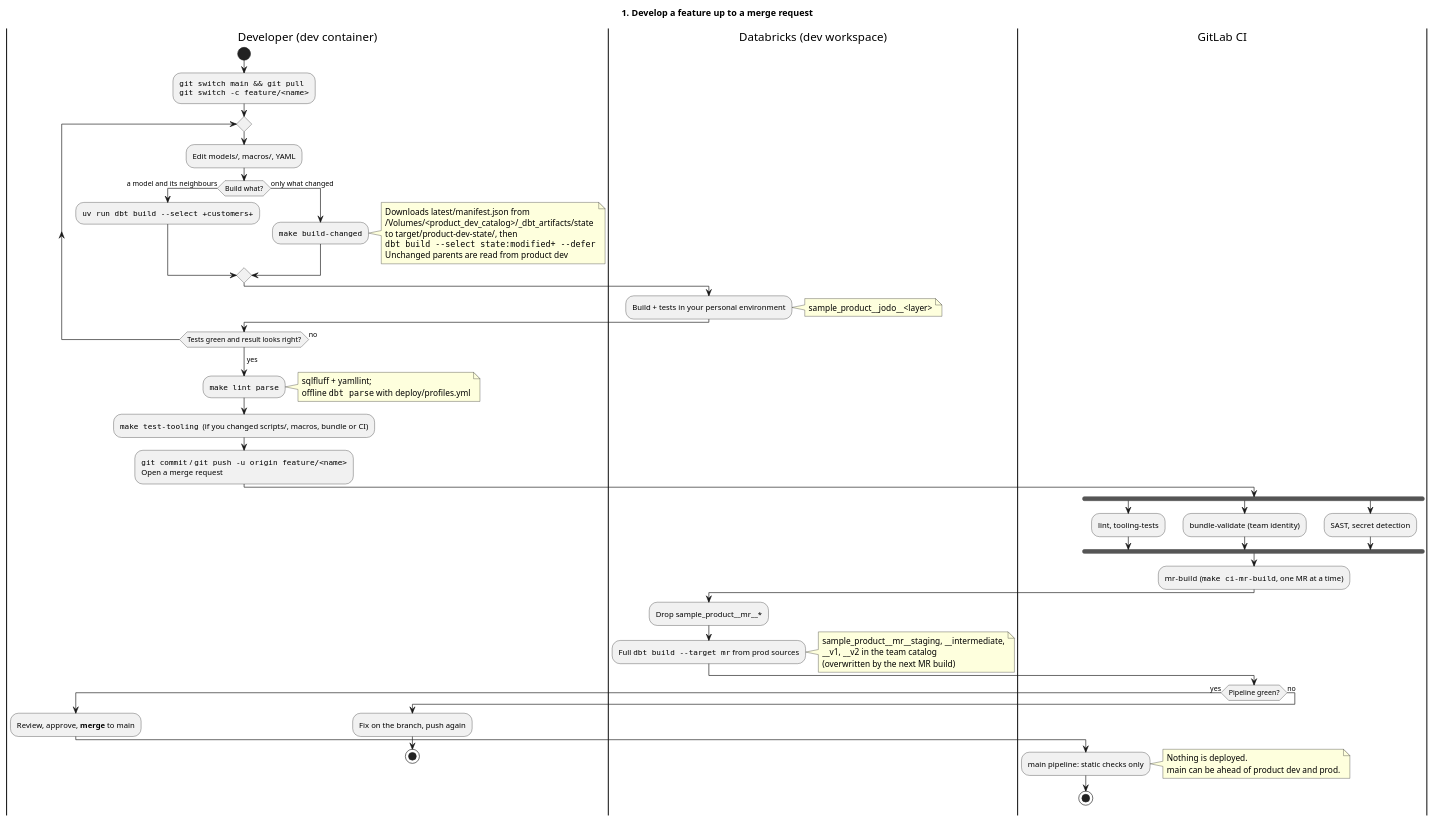
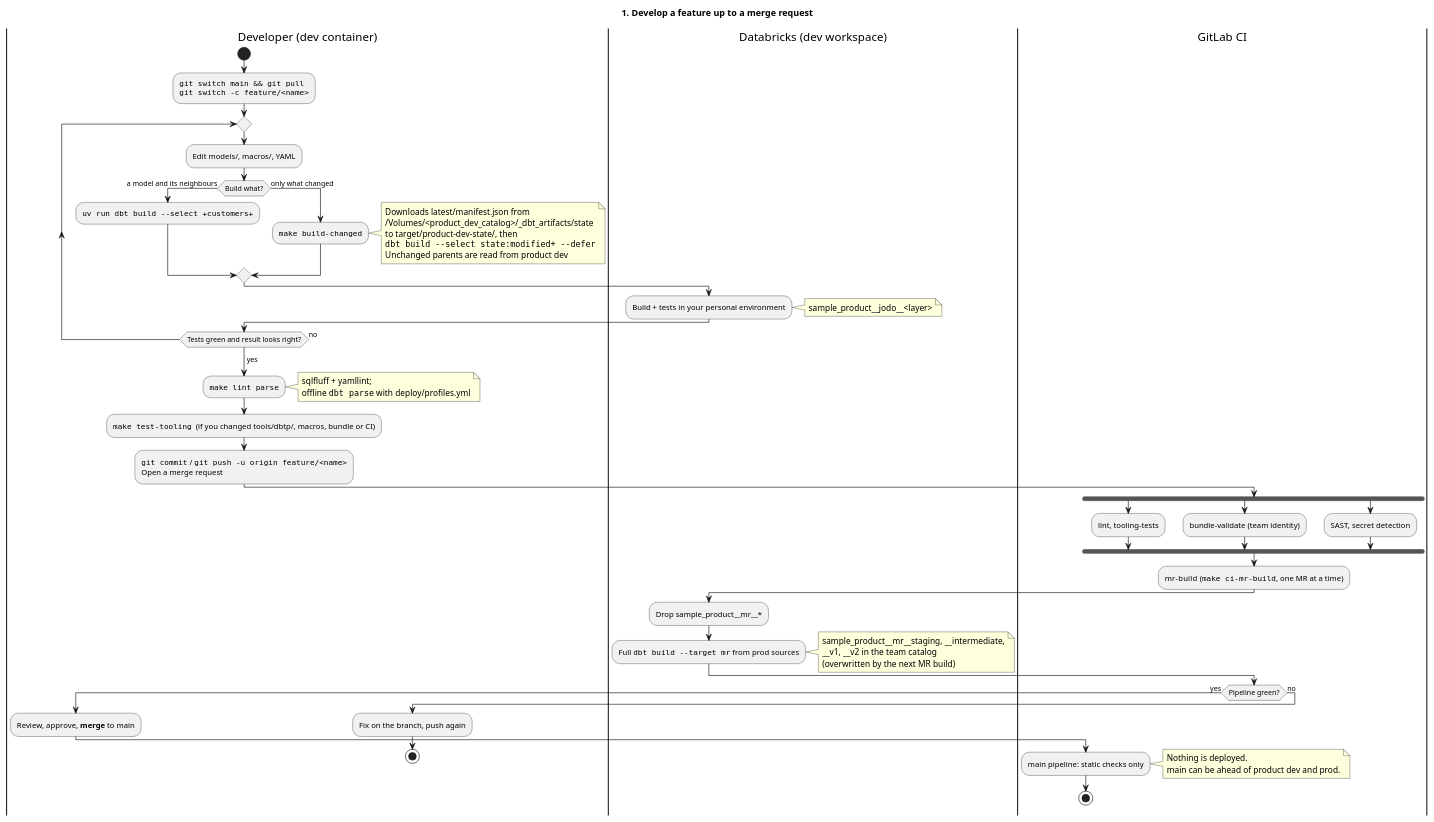
The diagram in docs/diagrams/workflow-1-feature.puml (PeterHenell/dbt-databricks-template), drawn with PlantUML before and after one commit. The commit also changed 47 other files, not shown here.

First line of the commit message:
Package the tooling as the dbtp CLI and slim the Makefile

```diff
--- a/docs/diagrams/workflow-1-feature.puml
+++ b/docs/diagrams/workflow-1-feature.puml
@@ -1,71 +1,71 @@
 @startuml workflow-1-feature
 title 1. Develop a feature up to a merge request
 
 |Developer (dev container)|
 start
 :""git switch main && git pull""
 ""git switch -c feature/<name>"";
 repeat
   :Edit models/, macros/, YAML;
   if (Build what?) then (a model and its neighbours)
     :""uv run dbt build ~--select +customers+"";
   else (only what changed)
     :""make build-changed"";
     note right
       Downloads latest/manifest.json from
       /Volumes/<product_dev_catalog>/_dbt_artifacts/state
       to target/product-dev-state/, then
       ""dbt build ~--select state:modified+ ~--defer""
       Unchanged parents are read from product dev
     end note
   endif
   |Databricks (dev workspace)|
   :Build + tests in your personal environment;
   note right
     sample_product~__jodo~__<layer>
   end note
   |Developer (dev container)|
 repeat while (Tests green and result looks right?) is (no)
 ->yes;
 :""make lint parse"";
 note right
   sqlfluff + yamllint;
   offline ""dbt parse"" with deploy/profiles.yml
 end note
-:""make test-tooling""  (if you changed scripts/, macros, bundle or CI);
+:""make test-tooling""  (if you changed tools/dbtp/, macros, bundle or CI);
 :""git commit"" / ""git push -u origin feature/<name>""
 Open a merge request;
 |GitLab CI|
 fork
   :lint, tooling-tests;
 fork again
   :bundle-validate (team identity);
 fork again
   :SAST, secret detection;
 end fork
 :mr-build  (""make ci-mr-build"", one MR at a time);
 |Databricks (dev workspace)|
 :Drop sample_product~__mr~__*;
 :Full ""dbt build ~--target mr"" from prod sources;
 note right
   sample_product~__mr~__staging, ~__intermediate,
   ~__v1, ~__v2 in the team catalog
   (overwritten by the next MR build)
 end note
 |GitLab CI|
 if (Pipeline green?) then (yes)
   |Developer (dev container)|
   :Review, approve, **merge** to main;
   |GitLab CI|
   :main pipeline: static checks only;
   note right
     Nothing is deployed.
     main can be ahead of product dev and prod.
   end note
   stop
 else (no)
   |Developer (dev container)|
   :Fix on the branch, push again;
   stop
 endif
 @enduml
```
